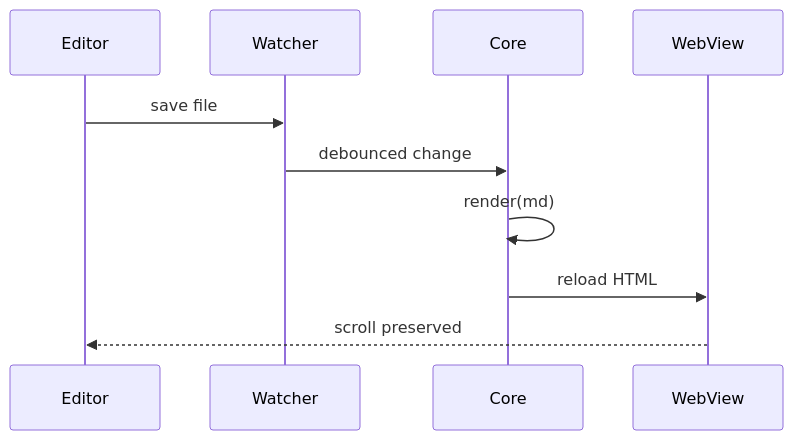
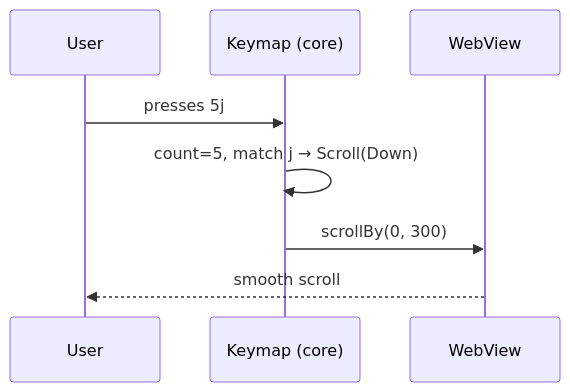
Before and after one commit to membranepotential/jumanji: the second of 11 diagrams in demo/demo.md, drawn with Mermaid. The commit also changed other lines of this file and 2 other files, not shown here.

````diff
--- a/demo/demo.md
+++ b/demo/demo.md
@@ -109,12 +115,10 @@
 ```mermaid
 sequenceDiagram
-    participant E as Editor
-    participant W as Watcher
-    participant C as Core
-    participant V as WebView
-    E->>W: save file
-    W->>C: debounced change
-    C->>C: render(md)
-    C->>V: reload HTML
-    V-->>E: scroll preserved
+    participant U as User
+    participant K as Keymap (core)
+    participant W as WebView
+    U->>K: presses 5j
+    K->>K: count=5, match j → Scroll(Down)
+    K->>W: scrollBy(0, 300)
+    W-->>U: smooth scroll
 ```
````
